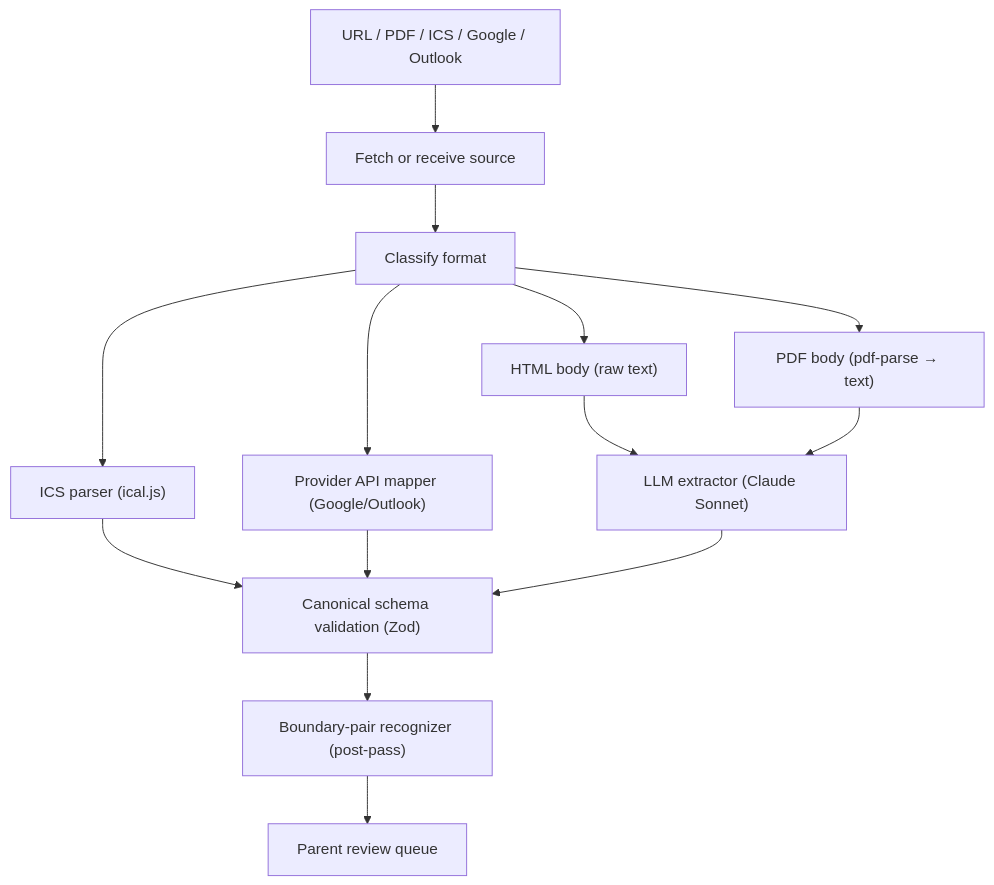
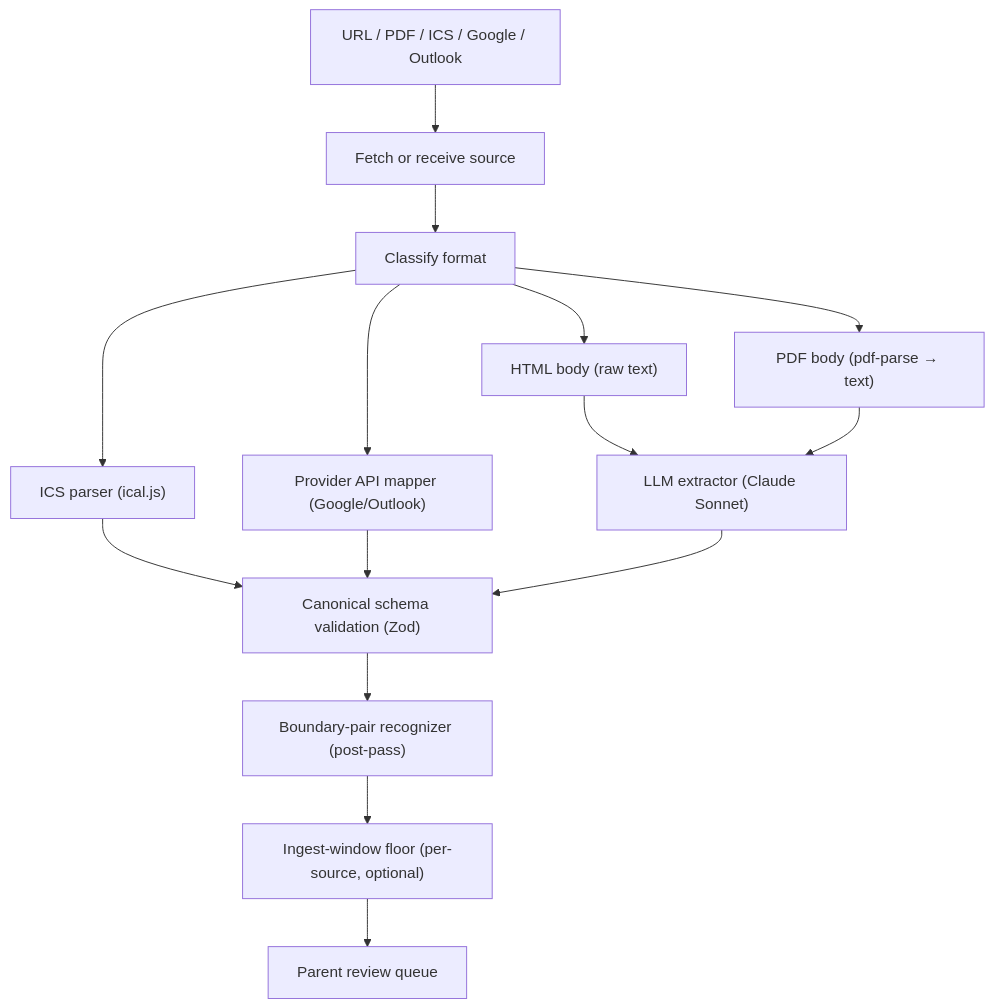
Before and after one commit to igortsives/togetherly: the diagram in docs/PARSING_STRATEGY.md, drawn with Mermaid. The commit also changed other lines of this file and 8 other files, not shown here.

````diff
--- a/docs/PARSING_STRATEGY.md
+++ b/docs/PARSING_STRATEGY.md
@@ -18,16 +19,17 @@
 ```mermaid
 flowchart TD
   Input["URL / PDF / ICS / Google / Outlook"] --> Fetch["Fetch or receive source"]
   Fetch --> Classify["Classify format"]
   Classify --> ICS["ICS parser (ical.js)"]
   Classify --> Provider["Provider API mapper (Google/Outlook)"]
   Classify --> HTMLText["HTML body (raw text)"]
   Classify --> PDFText["PDF body (pdf-parse → text)"]
   HTMLText --> LLM["LLM extractor (Claude Sonnet)"]
   PDFText --> LLM
   ICS --> Schema["Canonical schema validation (Zod)"]
   Provider --> Schema
   LLM --> Schema
   Schema --> Boundary["Boundary-pair recognizer (post-pass)"]
-  Boundary --> Review["Parent review queue"]
+  Boundary --> Floor["Ingest-window floor (per-source, optional)"]
+  Floor --> Review["Parent review queue"]
 ```
````
